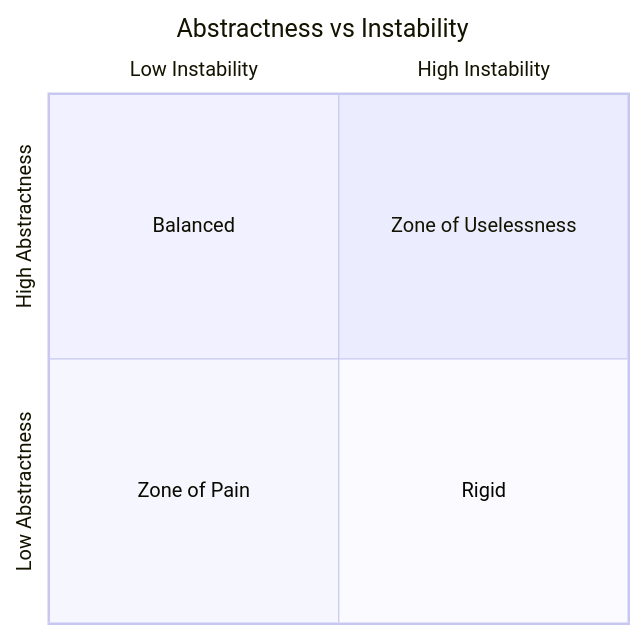
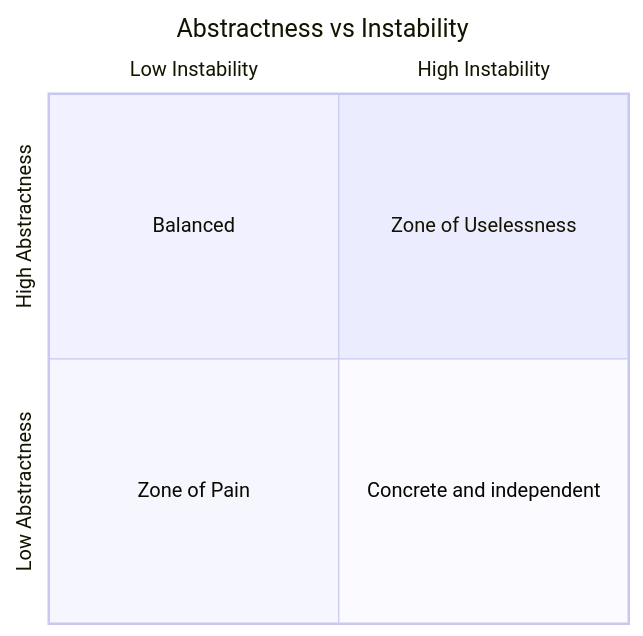
Before and after one commit to bassemZohdy/arch-skills: the first of 2 diagrams in skills/arch-metrics/SKILL.md, drawn with Mermaid. The commit also changed other lines of this file and 101 other files, not shown here.

Commit message:
Improve architecture skill handoffs, repair references and harden validation

````diff
--- a/skills/arch-metrics/SKILL.md
+++ b/skills/arch-metrics/SKILL.md
@@ -69,10 +69,10 @@
 ```mermaid
 quadrantChart
     title Abstractness vs Instability
     x-axis Low Instability --> High Instability
     y-axis Low Abstractness --> High Abstractness
     quadrant-1 Zone of Uselessness
     quadrant-2 Balanced
     quadrant-3 Zone of Pain
-    quadrant-4 Rigid
+    quadrant-4 Concrete and independent
 ```
````
